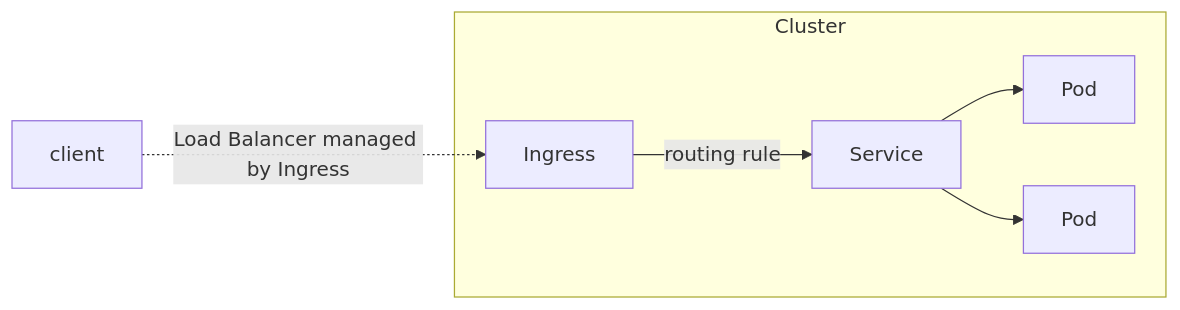
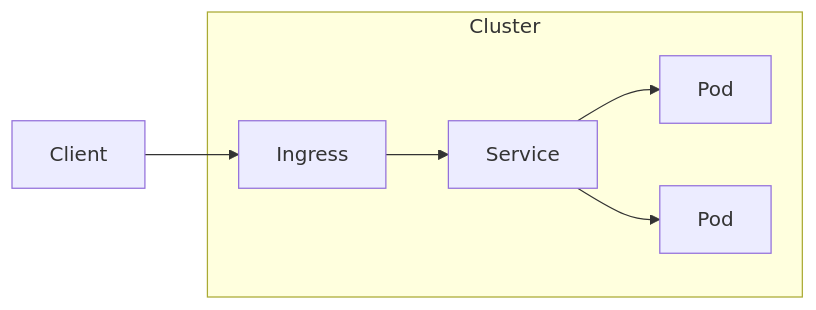
Before and after one commit to gazebo-web/cloudsim: the second of 2 diagrams in pkg/orchestrator/README.md, drawn with Mermaid. The commit also changed other lines of this file, not shown here.

Commit message:
Add service graph.

````diff
--- a/pkg/orchestrator/README.md
+++ b/pkg/orchestrator/README.md
@@ -40,10 +48,10 @@
 ```mermaid
 graph LR;
-  client[client]-. Load Balancer managed by Ingress .->ingress[Ingress];
-  ingress-->|routing rule|service[Service];
+  client[Client]-->ingress[Ingress];
+  ingress-->service[Service];
   subgraph cluster[Cluster]
   ingress;
   service-->pod1[Pod];
   service-->pod2[Pod];
   end
 ```
````
